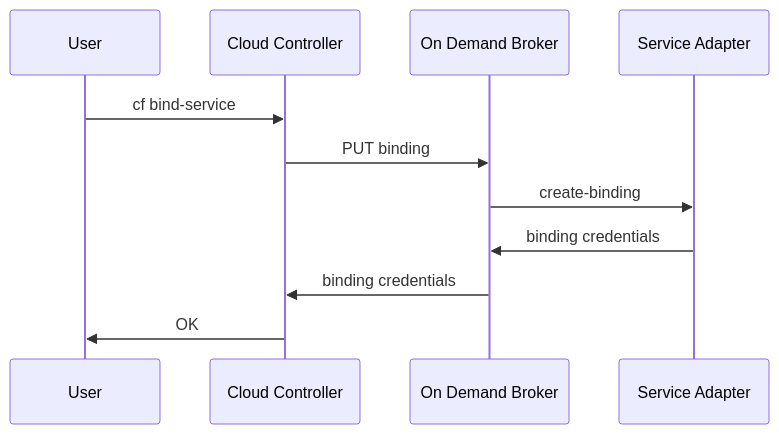
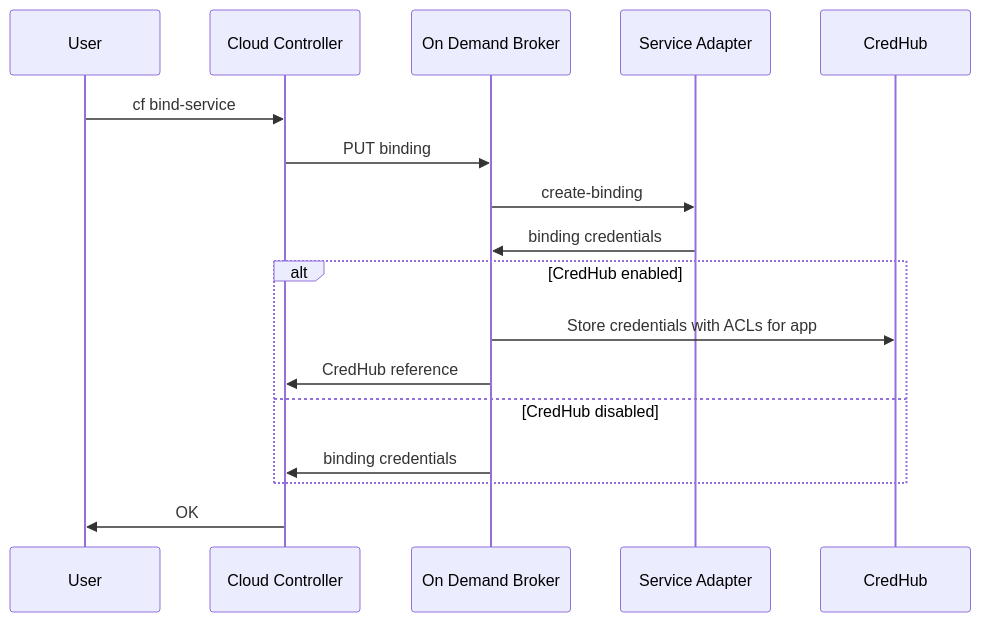
One commit to pivotal-cf/docs-on-demand-service-broker changed the diagram in mmd/bind_service_workflow.mmd. Above: the diagram before and after it, drawn with Mermaid. The commit also changed 1 other file, not shown here.

Commit message:
Update bind and unbind sequence diagrams to include credhub interaction
[#151587166]

```diff
--- a/mmd/bind_service_workflow.mmd
+++ b/mmd/bind_service_workflow.mmd
@@ -1,9 +1,14 @@
 <div class="mermaid">
 sequenceDiagram
   User->>Cloud Controller:cf bind-service
   Cloud Controller->>On Demand Broker:PUT binding
   On Demand Broker->>Service Adapter:create-binding
   Service Adapter->>On Demand Broker:binding credentials
+  alt CredHub enabled
+  On Demand Broker->>CredHub:Store credentials with ACLs for app
+  On Demand Broker->>Cloud Controller:CredHub reference
+  else CredHub disabled
   On Demand Broker->>Cloud Controller:binding credentials
+  end
   Cloud Controller->>User:OK
 </div>
```
